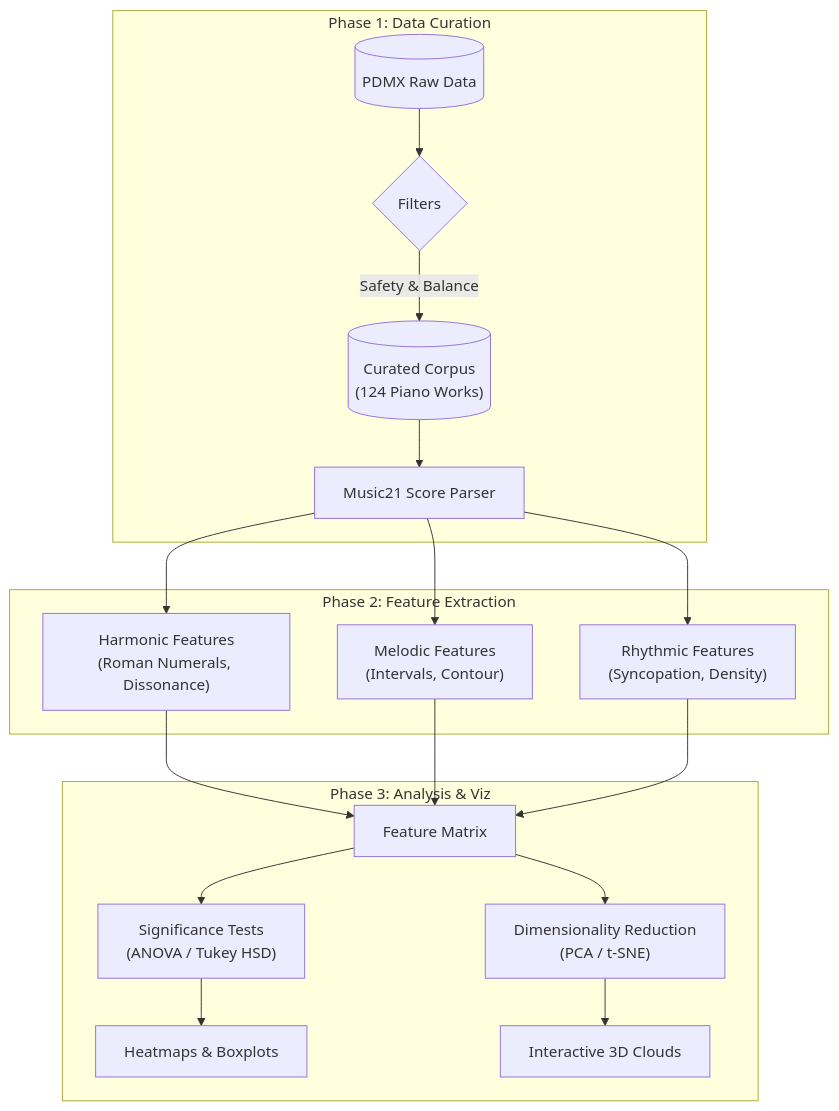
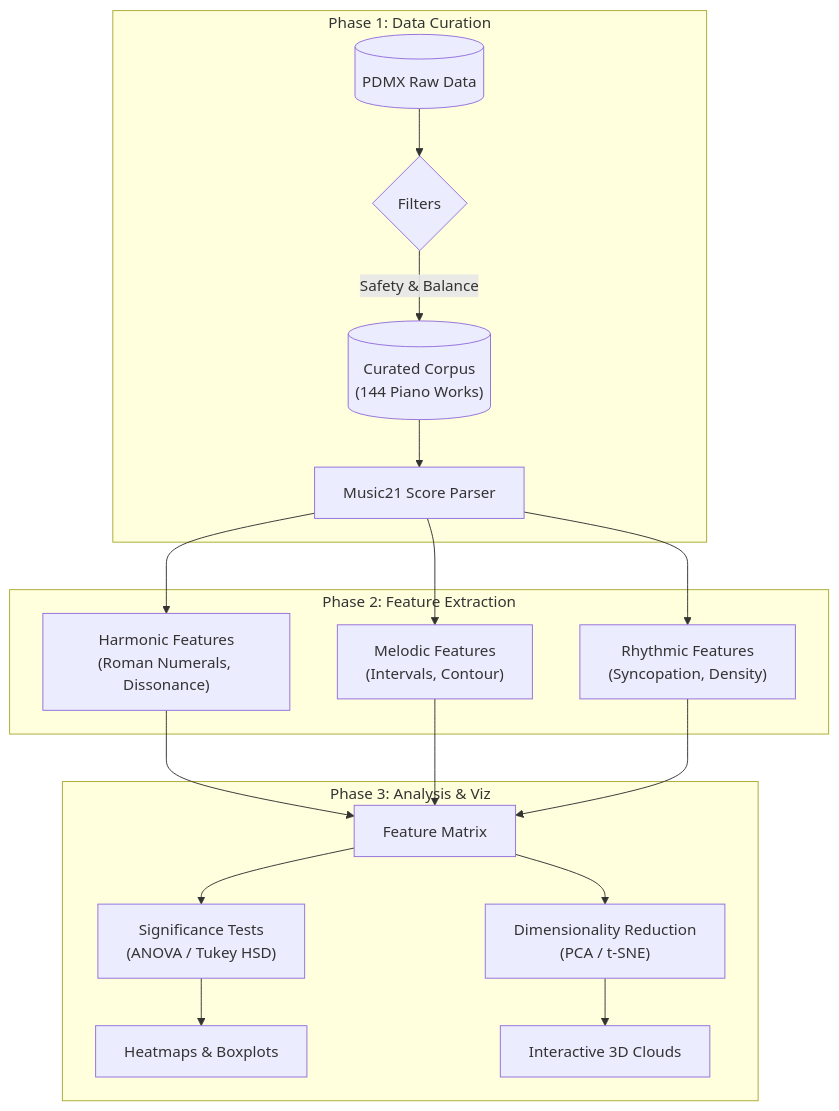
The diagram in README.md (victor-gurbani/JuFo2026), drawn with Mermaid before and after one commit. The commit also changed other lines of this file and 3 other files, not shown here.

````diff
--- a/README.md
+++ b/README.md
@@ -48,23 +48,23 @@
 ```mermaid
 flowchart TD
     subgraph Data["Phase 1: Data Curation"]
         Raw[("PDMX Raw Data")] --> Filter{Filters}
-        Filter -->|Safety & Balance| Curated[("Curated Corpus\n(124 Piano Works)")]
+		Filter -->|Safety & Balance| Curated[("Curated Corpus\n(144 Piano Works)")]
         Curated --> Parser["Music21 Score Parser"]
     end
 
     subgraph Feat["Phase 2: Feature Extraction"]
         Parser --> Harm["Harmonic Features\n(Roman Numerals, Dissonance)"]
         Parser --> Mel["Melodic Features\n(Intervals, Contour)"]
         Parser --> Rhy["Rhythmic Features\n(Syncopation, Density)"]
     end
 
     subgraph Analysis["Phase 3: Analysis & Viz"]
         Harm & Mel & Rhy --> Matrix["Feature Matrix"]
         Matrix --> Stats["Significance Tests\n(ANOVA / Tukey HSD)"]
         Matrix --> PCA["Dimensionality Reduction\n(PCA / t-SNE)"]
         
         Stats --> Heatmap["Heatmaps & Boxplots"]
         PCA --> Plot3D["Interactive 3D Clouds"]
     end
 ```
````
